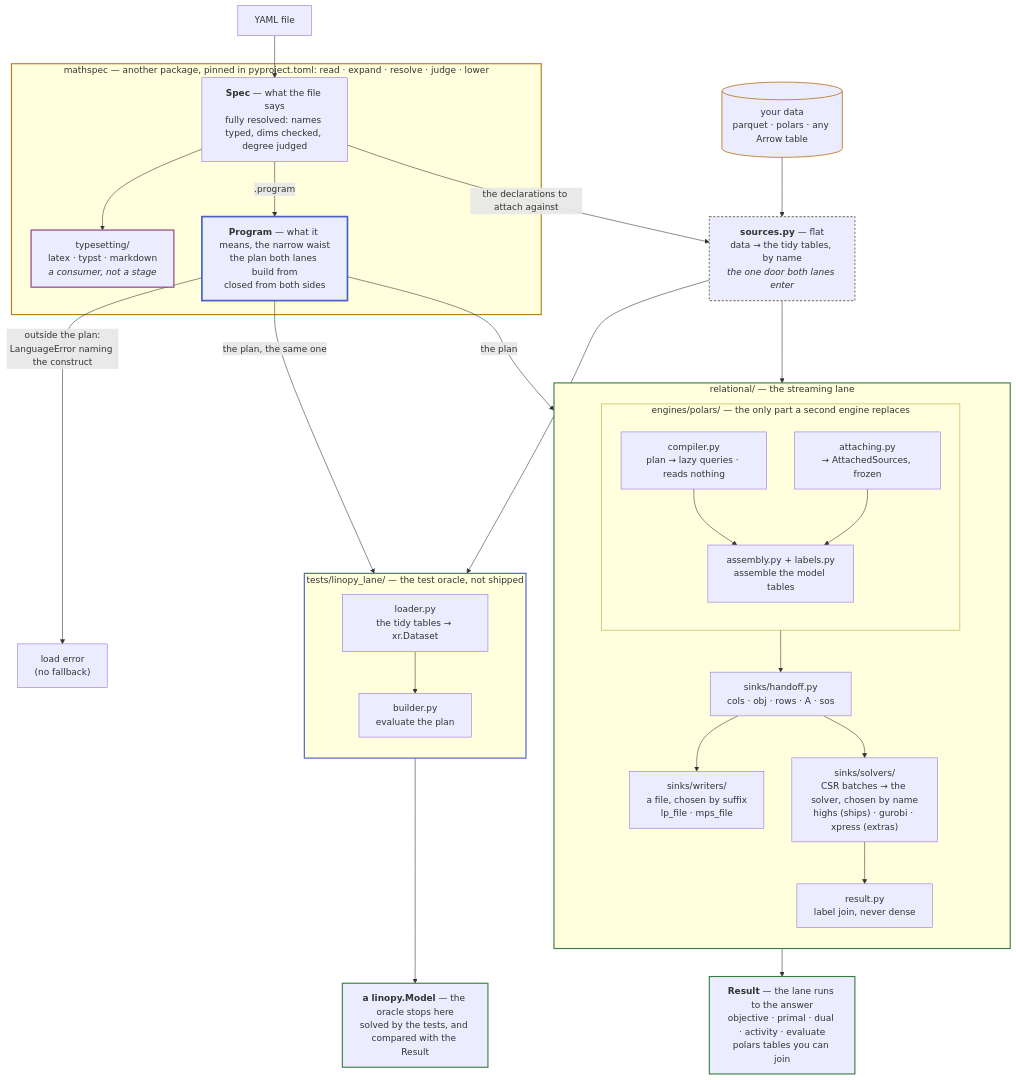
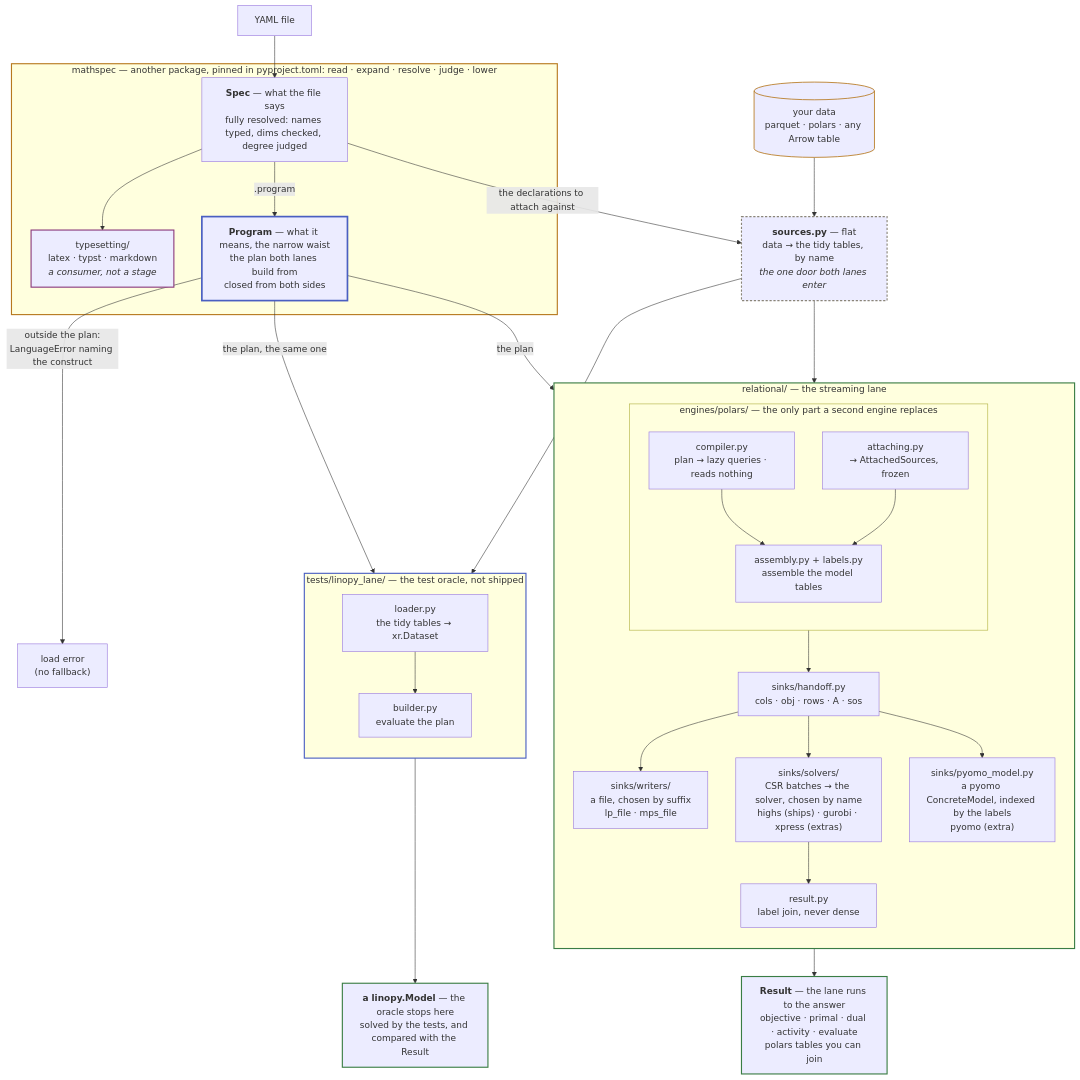
One commit to fluxopt/specsolve changed the first of 2 diagrams in docs/about/architecture.md. Above: the diagram before and after it, drawn with Mermaid. The commit also changed other lines of this file and 10 other files, not shown here.

First line of the commit message:
feat(api): a built model can be handed to pyomo as a ConcreteModel indexed by its labels

````diff
--- a/docs/about/architecture.md
+++ b/docs/about/architecture.md
@@ -60,59 +60,60 @@
 ```mermaid
 flowchart TB
     Y[YAML file] --> SPEC
     DATA[("your data<br/>parquet · polars · any Arrow table")] --> SRC
 
     subgraph MS["mathspec — another package, pinned in pyproject.toml: read · expand · resolve · judge · lower"]
         SPEC["<b>Spec</b> — what the file says<br/>fully resolved: names typed, dims checked, degree judged"]
         SPEC --> TS["typesetting/<br/>latex · typst · markdown<br/><i>a consumer, not a stage</i>"]
         SPEC -->|".program"| PLAN["<b>Program</b> — what it means, the narrow waist<br/>the plan both lanes build from<br/>closed from both sides"]
     end
 
     SPEC -->|"the declarations to attach against"| SRC
     SRC["<b>sources.py</b> — flat<br/>data → the tidy tables, by name<br/><i>the one door both lanes enter</i>"]
 
     PLAN -->|"outside the plan:<br/>LanguageError naming the construct"| ERR["load error<br/>(no fallback)"]
     PLAN -->|"the plan"| COMP
     SRC --> ATTACH
     PLAN -->|"the plan, the same one"| BUILD
     SRC --> LOAD
 
     subgraph REL["relational/ — the streaming lane"]
         direction TB
         subgraph ENG["engines/polars/ — the only part a second engine replaces"]
             direction TB
             COMP["compiler.py<br/>plan → lazy queries · reads nothing"] --> ENGINE
             ATTACH["attaching.py<br/>→ AttachedSources, frozen"] --> ENGINE["assembly.py + labels.py<br/>assemble the model tables"]
         end
         ENG --> TABLES["sinks/handoff.py<br/>cols · obj · rows · A · sos"]
         TABLES --> LPS["sinks/writers/<br/>a file, chosen by suffix<br/>lp_file · mps_file"]
         TABLES --> DIRECT["sinks/solvers/<br/>CSR batches → the solver, chosen by name<br/>highs (ships) · gurobi · xpress (extras)"]
+        TABLES --> PYO["sinks/pyomo_model.py<br/>a pyomo ConcreteModel, indexed by the labels<br/>pyomo (extra)"]
         DIRECT --> SOL["result.py<br/>label join, never dense"]
     end
 
     SOL --> ANS["<b>Result</b> — the lane runs to the answer<br/>objective · primal · dual · activity · evaluate<br/>polars tables you can join"]
 
     subgraph LIN["tests/linopy_lane/ — the test oracle, not shipped"]
         direction TB
         LOAD["loader.py<br/>the tidy tables → xr.Dataset"] --> BUILD["builder.py<br/>evaluate the plan"]
     end
 
     BUILD --> MODEL["<b>a linopy.Model</b> — the oracle stops here<br/>solved by the tests, and compared with the Result"]
 
     classDef laneL stroke:#b7791f,stroke-width:2px
     classDef laneR stroke:#3a7d44,stroke-width:2px
     classDef laneE stroke:#4a5fc1,stroke-width:2px
     classDef laneT stroke:#8b3a7d,stroke-width:2px
     classDef waist stroke:#4a5fc1,stroke-width:3px
     classDef flat stroke:#8a8578,stroke-width:2px,stroke-dasharray:4 3
     classDef data stroke:#b7791f,stroke-width:1.5px
     classDef out stroke:#3a7d44,stroke-width:2px
     class MS laneL
     class REL laneR
     class LIN laneE
     class TS laneT
     class PLAN waist
     class SRC flat
     class DATA data
     class ANS,MODEL out
 ```
````
